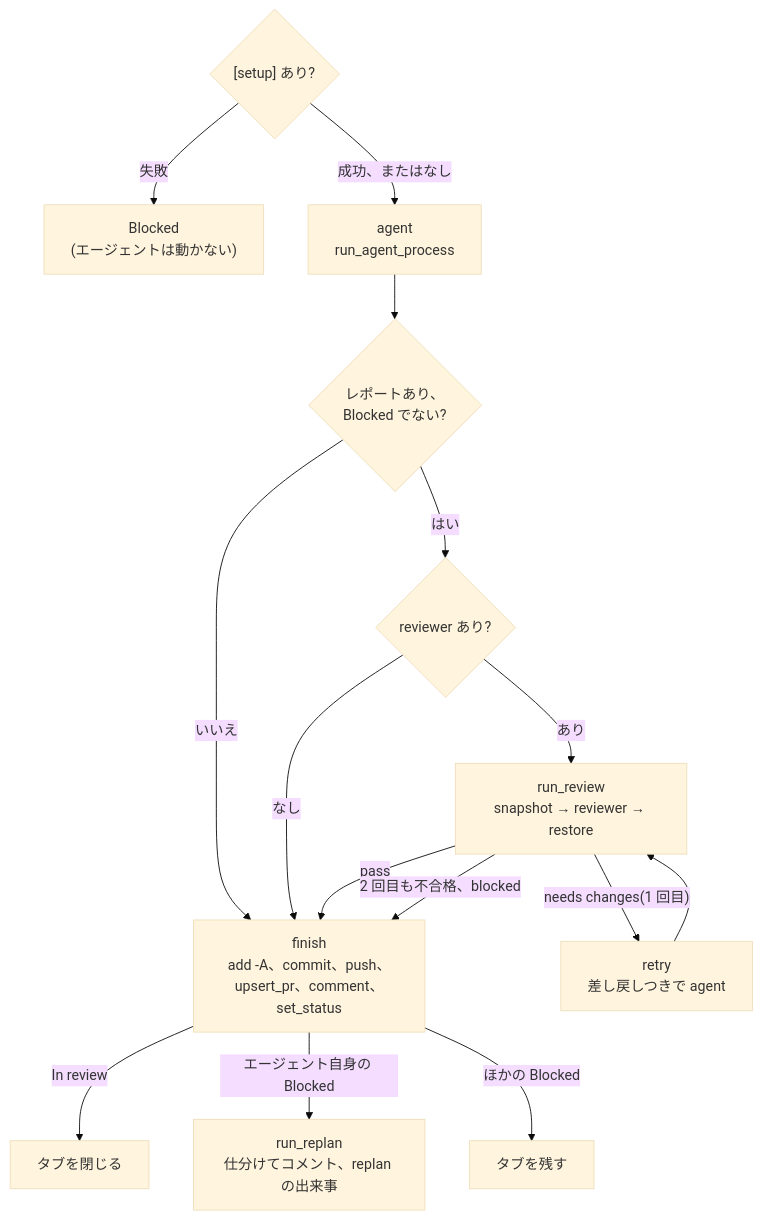
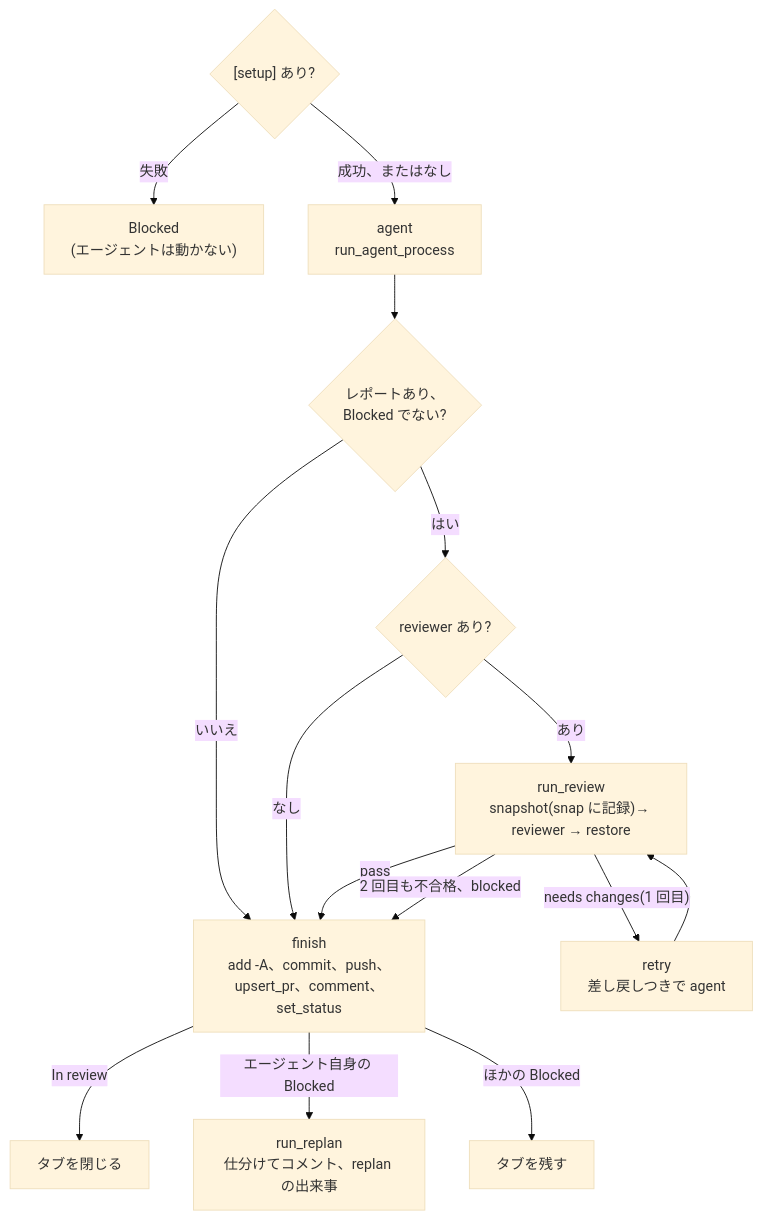
The sixth of 9 diagrams in docs/architecture/lld.md (jyoka/task-hub), drawn with Mermaid (base theme) before and after one commit. The commit also changed other lines of this file and 3 other files, not shown here.

````diff
--- a/docs/architecture/lld.md
+++ b/docs/architecture/lld.md
@@ -236,18 +250,18 @@
 ```mermaid
 flowchart TB
     setup{"[setup] あり?"} -- "失敗" --> blockedS["Blocked<br/>(エージェントは動かない)"]
     setup -- "成功、またはなし" --> agent["agent<br/>run_agent_process"]
     agent --> report{"レポートあり、<br/>Blocked でない?"}
     report -- "いいえ" --> finish
     report -- "はい" --> review{"reviewer あり?"}
     review -- "なし" --> finish
-    review -- "あり" --> rv["run_review<br/>snapshot → reviewer → restore"]
+    review -- "あり" --> rv["run_review<br/>snapshot(snap に記録)→ reviewer → restore"]
     rv -- "pass" --> finish
     rv -- "needs changes(1 回目)" --> retry["retry<br/>差し戻しつきで agent"]
     retry --> rv
     rv -- "2 回目も不合格、blocked" --> finish
     finish["finish<br/>add -A、commit、push、upsert_pr、comment、set_status"]
     finish -- "In review" --> close["タブを閉じる"]
     finish -- "エージェント自身の Blocked" --> replan["run_replan<br/>仕分けてコメント、replan の出来事"]
     finish -- "ほかの Blocked" --> stay["タブを残す"]
 ```
````
